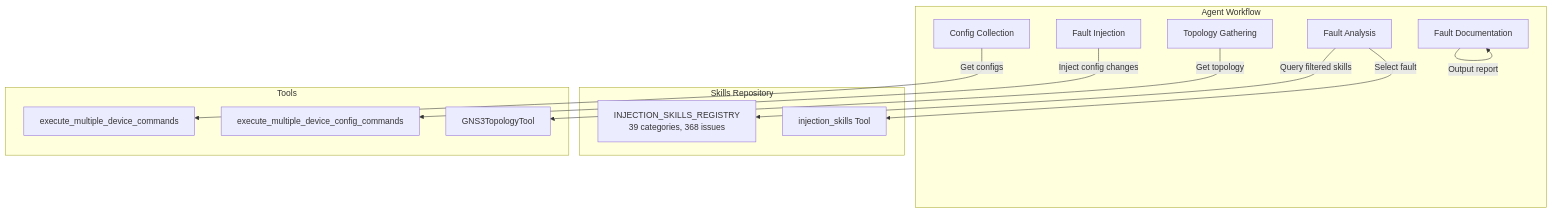
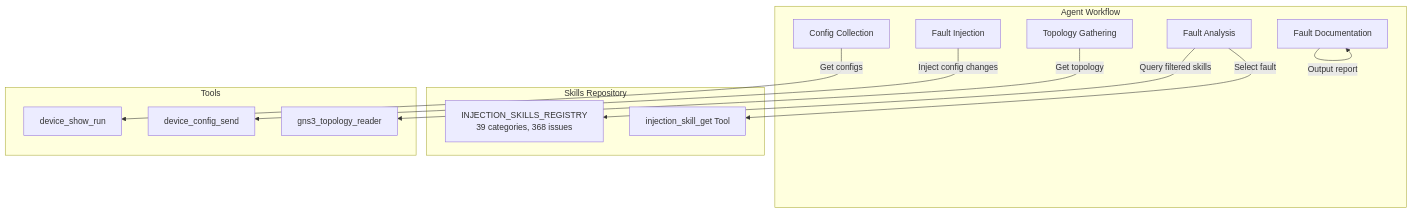
Before and after one commit to GNS3/gns3-server: the first of 2 diagrams in docs/gns3-copilot/implemented/fault-injection.md, drawn with Mermaid. The commit also changed other lines of this file and 33 other files, not shown here.

````diff
--- a/docs/gns3-copilot/implemented/fault-injection.md
+++ b/docs/gns3-copilot/implemented/fault-injection.md
@@ -17,28 +17,28 @@
 ```mermaid
 graph TD
     subgraph "Agent Workflow"
         TG[Topology Gathering]
         CFG[Config Collection]
         FA[Fault Analysis]
         FI[Fault Injection]
         FD[Fault Documentation]
     end
 
     subgraph "Skills Repository"
         IS[INJECTION_SKILLS_REGISTRY<br/>39 categories, 368 issues]
-        SK[injection_skills Tool]
+        SK[injection_skill_get Tool]
     end
 
     subgraph "Tools"
-        DC[execute_multiple_device_commands]
-        CC[execute_multiple_device_config_commands]
-        GK[GNS3TopologyTool]
+        DC[device_show_run]
+        CC[device_config_send]
+        GK[gns3_topology_reader]
     end
 
     TG -->|Get topology| GK
     CFG -->|Get configs| DC
     FA -->|Query filtered skills| IS
     FA -->|Select fault| SK
     FI -->|Inject config changes| CC
     FD -->|Output report| FD
 ```
````
